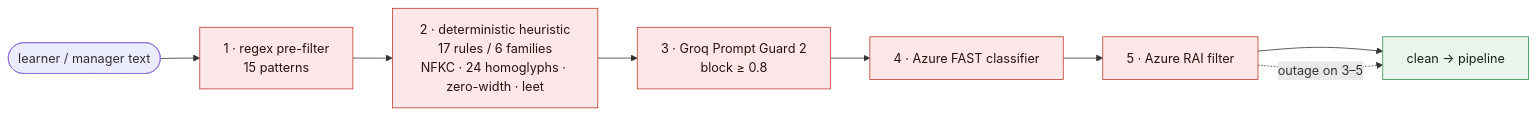
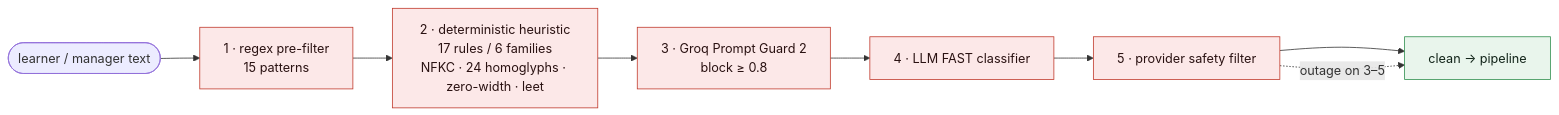
One commit to NithishaVenkatesh/athenaeum-multi-agent-system changed the fifth of 10 diagrams in README.md. Above: the diagram before and after it, drawn with Mermaid. The commit also changed other lines of this file and 65 other files, not shown here.

````diff
--- a/README.md
+++ b/README.md
@@ -284,13 +284,13 @@
 ```mermaid
 flowchart LR
     classDef s fill:#fce8e8,stroke:#c0392b,color:#2a1212
     classDef ok fill:#e9f5ec,stroke:#2f8f4e,color:#13251a
 
     IN(["learner / manager text"]) --> C1["1 · regex pre-filter<br/>15 patterns"]:::s
     C1 --> C2["2 · deterministic heuristic<br/>17 rules / 6 families<br/>NFKC · 24 homoglyphs · zero-width · leet"]:::s
     C2 --> C3["3 · Groq Prompt Guard 2<br/>block ≥ 0.8"]:::s
-    C3 --> C4["4 · Azure FAST classifier"]:::s
-    C4 --> C5["5 · Azure RAI filter"]:::s
+    C3 --> C4["4 · LLM FAST classifier"]:::s
+    C4 --> C5["5 · provider safety filter"]:::s
     C5 --> PASS["clean → pipeline"]:::ok
     C5 -.->|"outage on 3–5"| PASS
 ```
````
